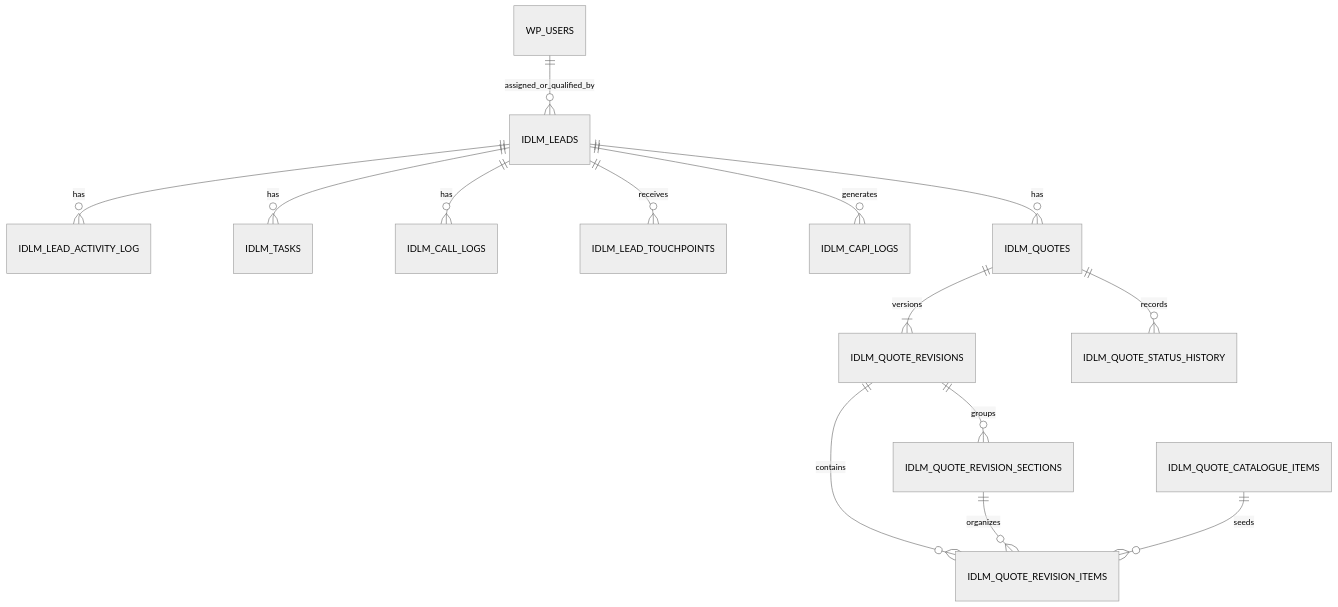
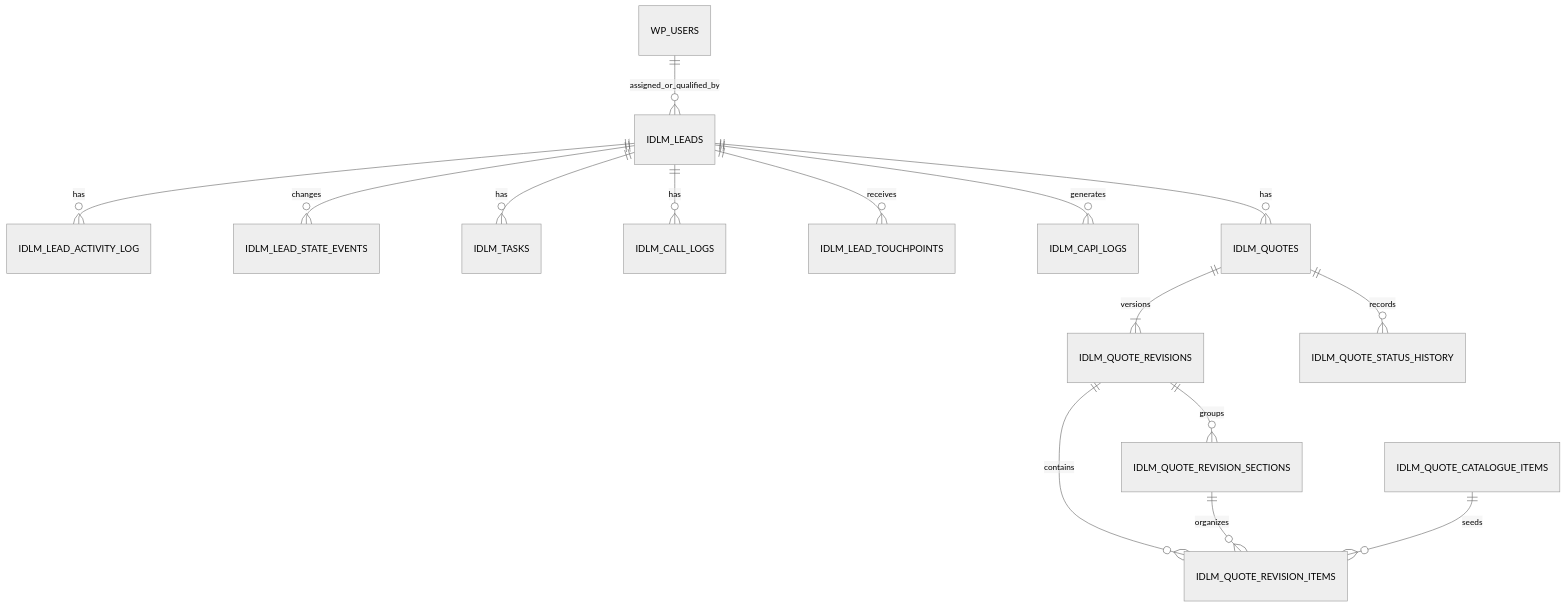
The diagram in docs/DATA-MODEL.md (mlshashikiran/interior-design-lead-manager), drawn with Mermaid (neutral theme) before and after one commit. The commit also changed other lines of this file and 123 other files, not shown here.

````diff
--- a/docs/DATA-MODEL.md
+++ b/docs/DATA-MODEL.md
@@ -36,16 +37,17 @@
 ```mermaid
 erDiagram
     WP_USERS ||--o{ IDLM_LEADS : assigned_or_qualified_by
     IDLM_LEADS ||--o{ IDLM_LEAD_ACTIVITY_LOG : has
+    IDLM_LEADS ||--o{ IDLM_LEAD_STATE_EVENTS : changes
     IDLM_LEADS ||--o{ IDLM_TASKS : has
     IDLM_LEADS ||--o{ IDLM_CALL_LOGS : has
     IDLM_LEADS ||--o{ IDLM_LEAD_TOUCHPOINTS : receives
     IDLM_LEADS ||--o{ IDLM_CAPI_LOGS : generates
     IDLM_LEADS ||--o{ IDLM_QUOTES : has
     IDLM_QUOTES ||--|{ IDLM_QUOTE_REVISIONS : versions
     IDLM_QUOTE_REVISIONS ||--o{ IDLM_QUOTE_REVISION_SECTIONS : groups
     IDLM_QUOTE_REVISIONS ||--o{ IDLM_QUOTE_REVISION_ITEMS : contains
     IDLM_QUOTE_REVISION_SECTIONS ||--o{ IDLM_QUOTE_REVISION_ITEMS : organizes
     IDLM_QUOTE_CATALOGUE_ITEMS ||--o{ IDLM_QUOTE_REVISION_ITEMS : seeds
     IDLM_QUOTES ||--o{ IDLM_QUOTE_STATUS_HISTORY : records
 ```
````
